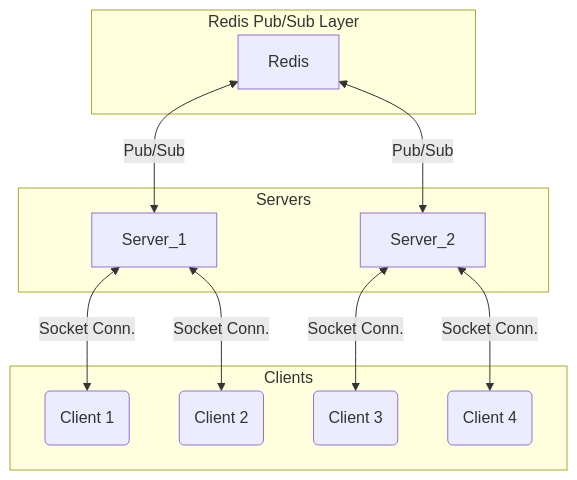
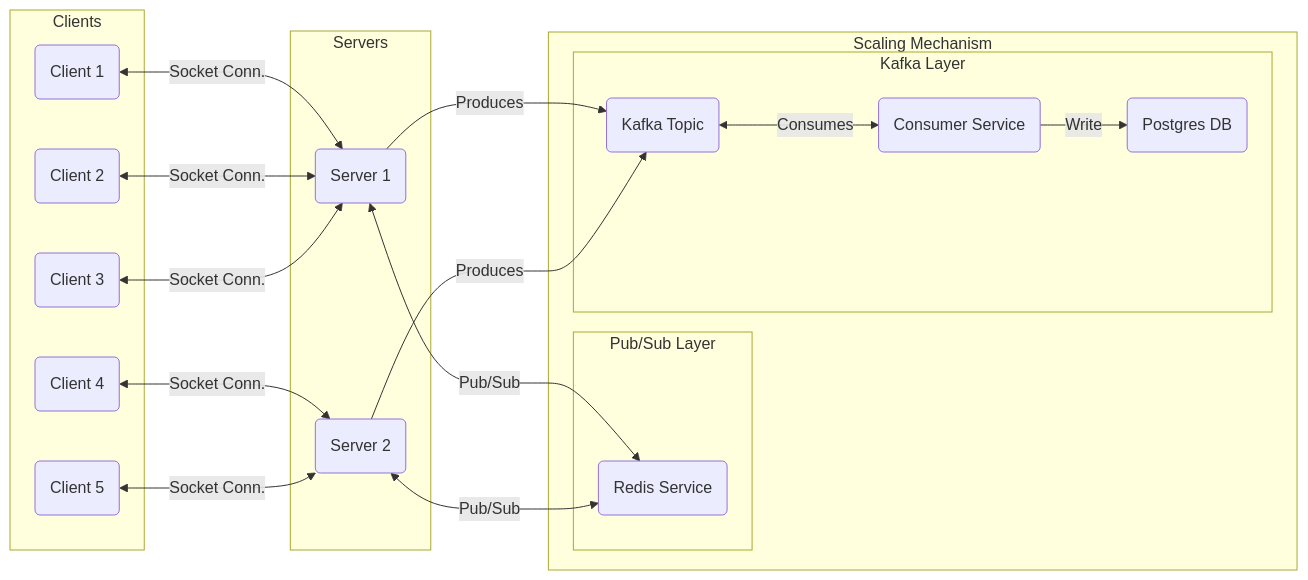
The diagram in README.md (McTechie/scalable-websockets), drawn with Mermaid before and after one commit. The commit also changed other lines of this file and 15 other files, not shown here.

````diff
--- a/README.md
+++ b/README.md
@@ -7,21 +7,32 @@
 ```mermaid
-flowchart BT
+flowchart LR
   subgraph Clients
     McTechie(Client 1)
     AnonUser2(Client 2)
     AnonUser3(Client 3)
     AnonUser4(Client 4)
+    AnonUser5(Client 5)
   end
 
   subgraph Servers
-    McTechie(Client 1) <-->|Socket Conn.| Server_1
-    AnonUser2(Client 2) <-->|Socket Conn.| Server_1
-    AnonUser3(Client 3) <-->|Socket Conn.| Server_2
-    AnonUser4(Client 4) <-->|Socket Conn.| Server_2
+    McTechie(Client 1) <-->|Socket Conn.| Server_1(Server 1)
+    AnonUser2(Client 2) <-->|Socket Conn.| Server_1(Server 1)
+    AnonUser3(Client 3) <-->|Socket Conn.| Server_1(Server 1)
+    AnonUser4(Client 4) <-->|Socket Conn.| Server_2(Server 2)
+    AnonUser5(Client 5) <-->|Socket Conn.| Server_2(Server 2)
   end
 
-  subgraph Redis Pub/Sub Layer
-    Server_1 <-->|Pub/Sub| Redis
-    Server_2 <-->|Pub/Sub| Redis
+  subgraph Scaling Mechanism
+    subgraph Pub/Sub Layer
+      Server_1 <-->|Pub/Sub| Redis(Redis Service)
+      Server_2 <-->|Pub/Sub| Redis(Redis Service)
+    end
+
+    subgraph Kafka Layer
+      Server_1 -->|Produces| KafkaTopic(Kafka Topic)
+      Server_2 -->|Produces| KafkaTopic(Kafka Topic)
+      KafkaTopic <-->|Consumes| KafkaConsumer(Consumer Service)
+      KafkaConsumer(Consumer Service) -->|Write| Postgres(Postgres DB)
+    end
   end
 ```
````
